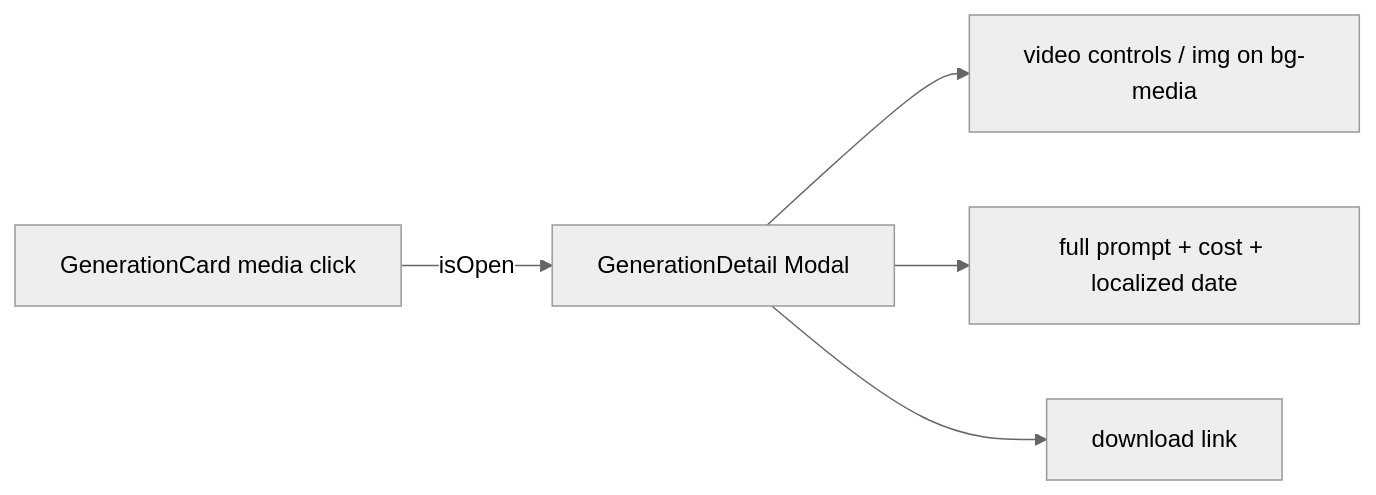
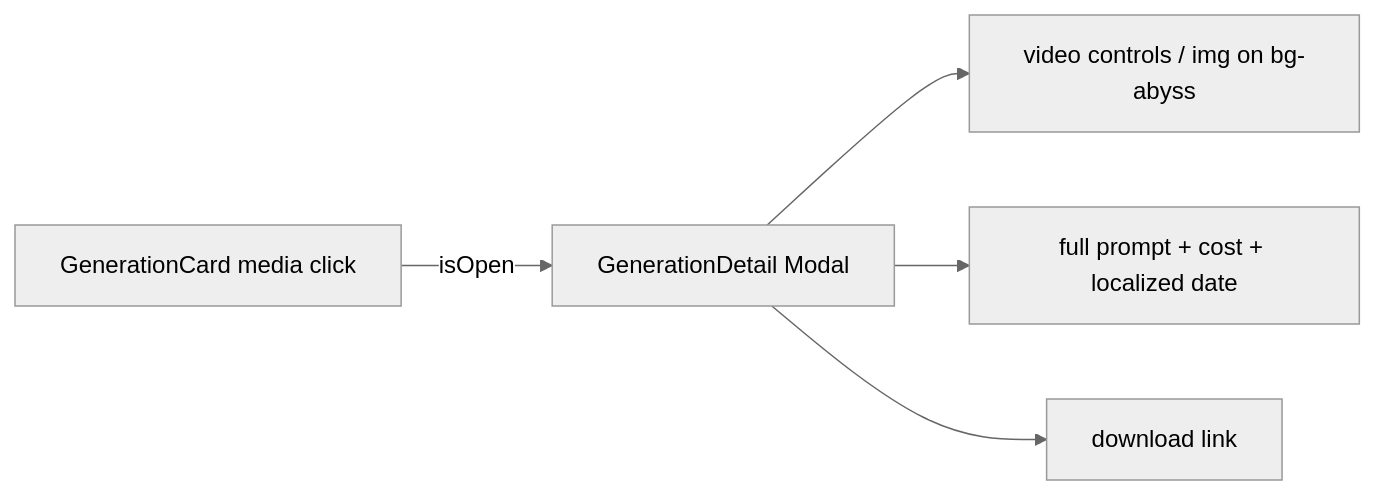
One commit to AzamatRaimbekov2/openCreate changed the diagram in apps/web/src/modules/Gallery/components/GenerationDetail.tsx.md. Above: the diagram before and after it, drawn with Mermaid (neutral theme). The commit also changed other lines of this file and 99 other files, not shown here.

````diff
--- a/apps/web/src/modules/Gallery/components/GenerationDetail.tsx.md
+++ b/apps/web/src/modules/Gallery/components/GenerationDetail.tsx.md
@@ -25,7 +25,7 @@
 ```mermaid
 flowchart LR
   GC[GenerationCard media click] -->|isOpen| GD[GenerationDetail Modal]
-  GD --> MEDIA[video controls / img on bg-media]
+  GD --> MEDIA[video controls / img on bg-abyss]
   GD --> META[full prompt + cost + localized date]
   GD --> DL[download link]
 ```
````
